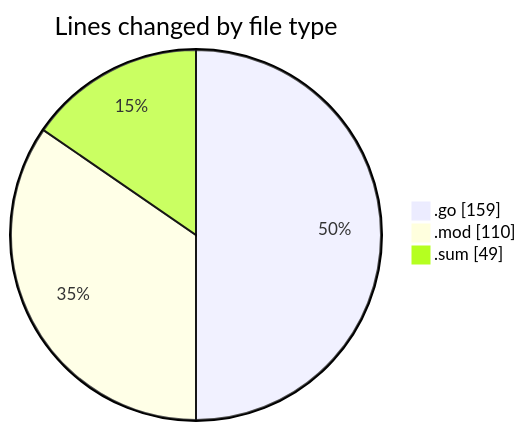
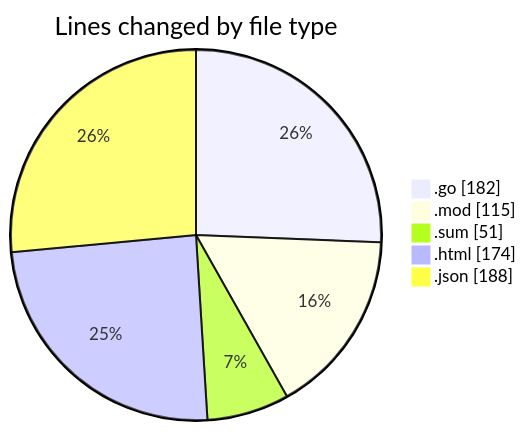
One commit to Ritupan-Deka/code-tracking changed the first of 2 diagrams in 2025-11-01/backend/README.md. Above: the diagram before and after it, drawn with Mermaid. The commit also changed other lines of this file and 1 other file, not shown here.

````diff
--- a/2025-11-01/backend/README.md
+++ b/2025-11-01/backend/README.md
@@ -25,7 +27,9 @@
 ```mermaid
 pie showData
 title Lines changed by file type
-".go" : 159
-".mod" : 110
-".sum" : 49
+".go" : 182
+".mod" : 115
+".sum" : 51
+".html" : 174
+".json" : 188
 ```
````
